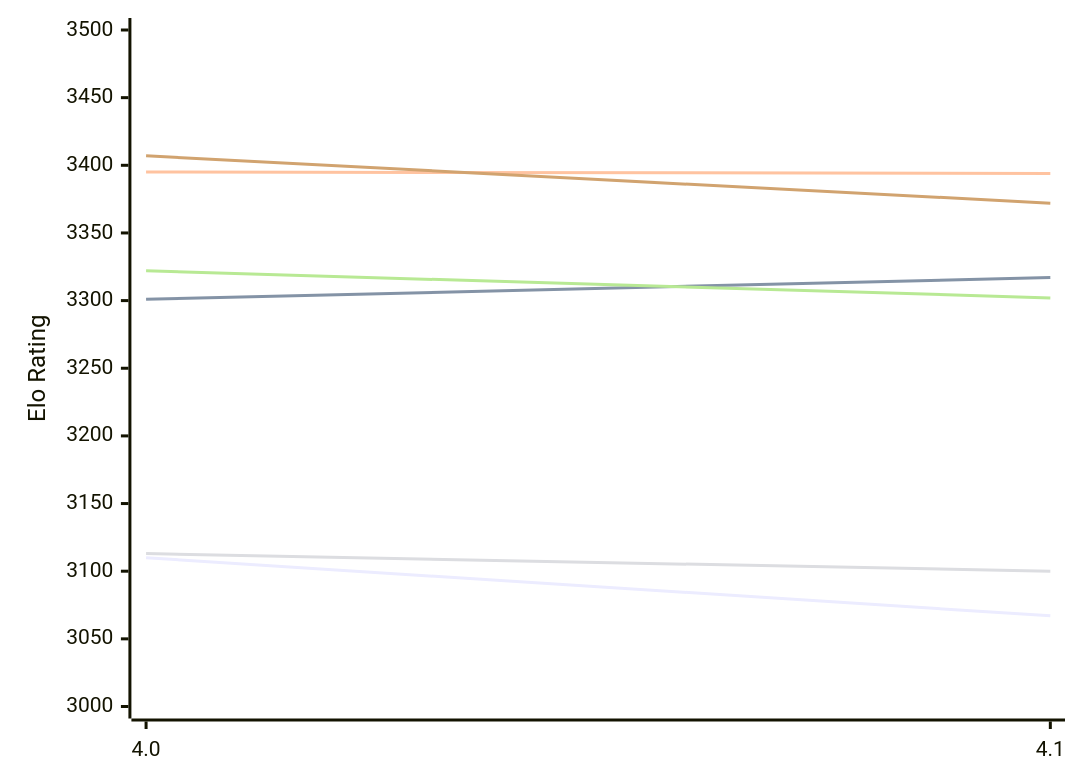
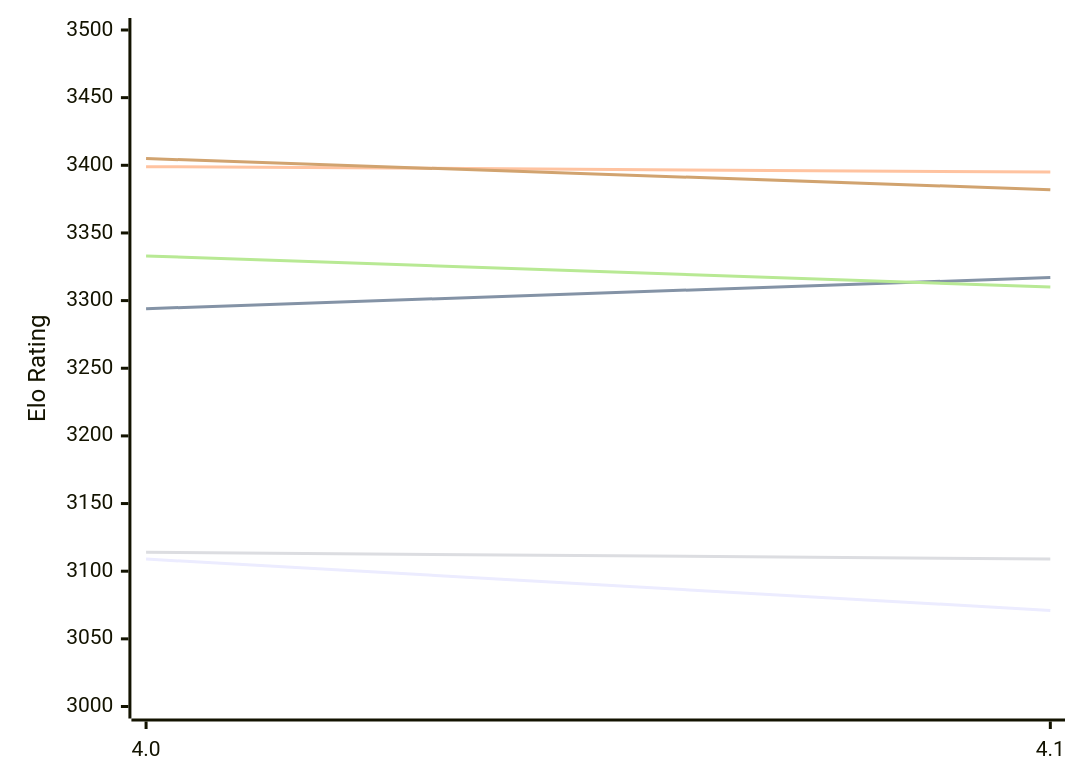
One commit to computer-chess-index/cci changed the first of 2 diagrams in engines/Petrel.md. Above: the diagram before and after it, drawn with Mermaid. The commit also changed other lines of this file, not shown here.

Commit message:
Update CCI Ratings (ELO VLTC) - 2026-11-25

````diff
--- a/engines/Petrel.md
+++ b/engines/Petrel.md
@@ -57,12 +57,12 @@
 ```mermaid
 %%{init: {"theme":"base","themeVariables":{"seriesColors:['#a3a3a3','#222221','#faa371']}}}%%
 xychart-beta
   x-axis ["4.0", "4.1"]
   y-axis "Elo Rating" 3000 --> 3500
-  line "E1: STC (8.0+0.08s)" [3110, 3067]
-  line "E1: LTC (60.0+0.60s)" [3301, 3317]
-  line "E1: VLTC (2m24s+1.12s)" [3395, 3394]
-  line "P1: STC (8.0+0.08s)" [3113, 3100]
-  line "P1: LTC (60.0+0.60s)" [3322, 3302]
-  line "P1: VLTC (2m24s+1.12s)" [3407, 3372]
+  line "E1: STC (8.0+0.08s)" [3109, 3071]
+  line "E1: LTC (60.0+0.60s)" [3294, 3317]
+  line "E1: VLTC (2m24s+1.12s)" [3399, 3395]
+  line "P1: STC (8.0+0.08s)" [3114, 3109]
+  line "P1: LTC (60.0+0.60s)" [3333, 3310]
+  line "P1: VLTC (2m24s+1.12s)" [3405, 3382]
 ```
````
